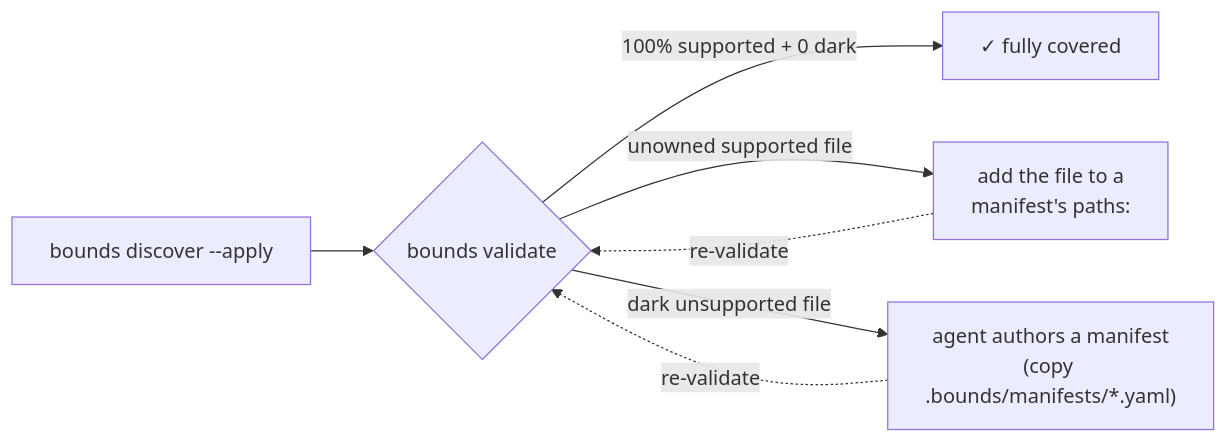
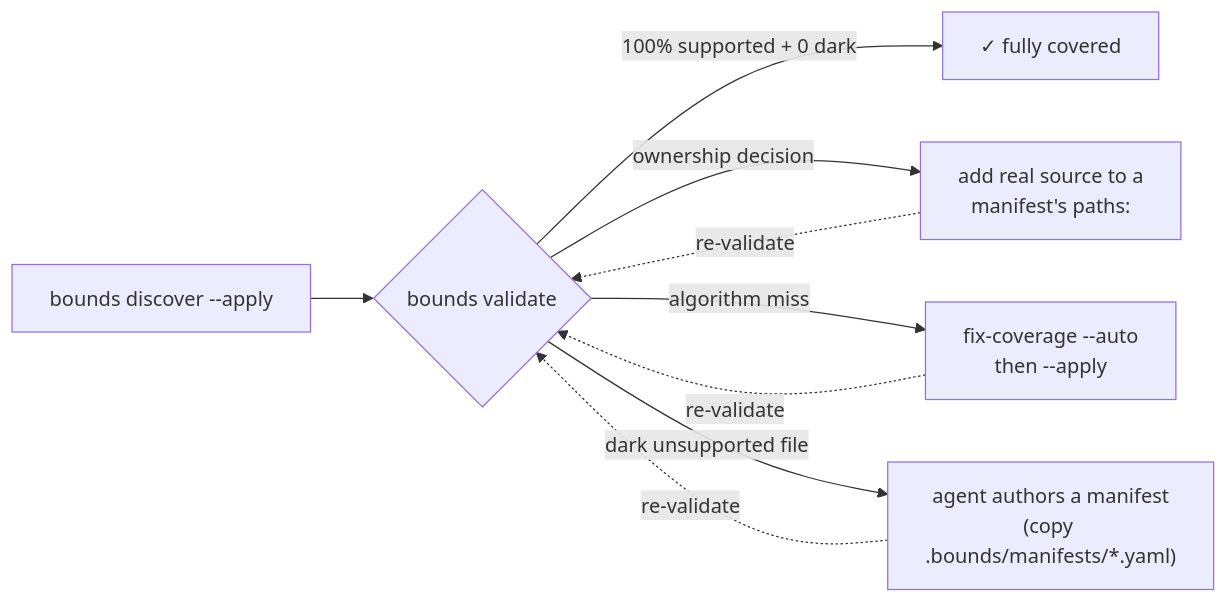
The diagram in README.md (Farzin312/bounds), drawn with Mermaid before and after one commit. The commit also changed other lines of this file and 36 other files, not shown here.

````diff
--- a/README.md
+++ b/README.md
@@ -200,9 +203,11 @@
 ```mermaid
 flowchart LR
   D["bounds discover --apply"] --> V{"bounds validate"}
   V -->|"100% supported + 0 dark"| DONE["✓ fully covered"]
-  V -->|"unowned supported file"| S["add the file to a<br/>manifest's paths:"]
+  V -->|"ownership decision"| S["add real source to a<br/>manifest's paths:"]
+  V -->|"algorithm miss"| F["fix-coverage --auto<br/>then --apply"]
   V -->|"dark unsupported file"| AI["agent authors a manifest<br/>(copy .bounds/manifests/*.yaml)"]
   S -.->|"re-validate"| V
+  F -.->|"re-validate"| V
   AI -.->|"re-validate"| V
 ```
````
